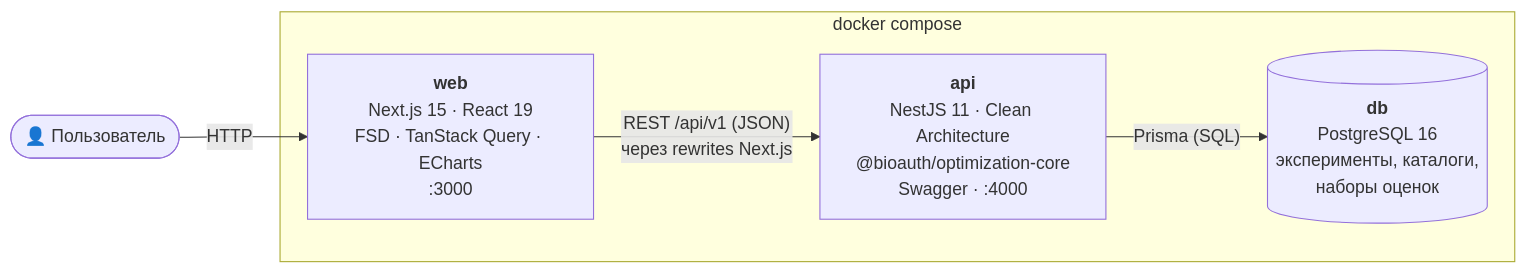
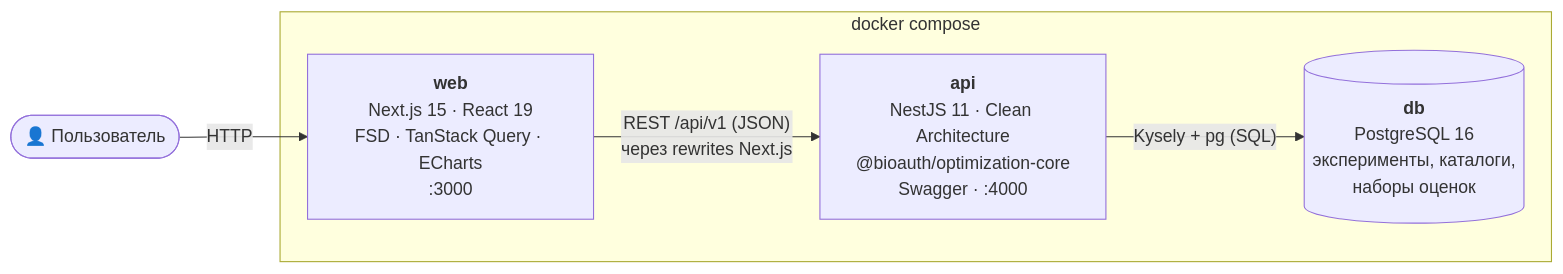
Before and after one commit to DcNi3L/bioauth-optimizer: the diagram in docs/diagrams/03-c4-containers.mmd, drawn with Mermaid. The commit also changed 83 other files, not shown here.

```diff
--- a/docs/diagrams/03-c4-containers.mmd
+++ b/docs/diagrams/03-c4-containers.mmd
@@ -1,10 +1,10 @@
 flowchart LR
   user(["👤 Пользователь"])
   subgraph compose["docker compose"]
     web["<b>web</b><br/>Next.js 15 · React 19<br/>FSD · TanStack Query · ECharts<br/>:3000"]
     api["<b>api</b><br/>NestJS 11 · Clean Architecture<br/>@bioauth/optimization-core<br/>Swagger · :4000"]
     db[("<b>db</b><br/>PostgreSQL 16<br/>эксперименты, каталоги,<br/>наборы оценок")]
   end
   user -->|HTTP| web
   web -->|"REST /api/v1 (JSON)<br/>через rewrites Next.js"| api
-  api -->|"Prisma (SQL)"| db
+  api -->|"Kysely + pg (SQL)"| db
```
